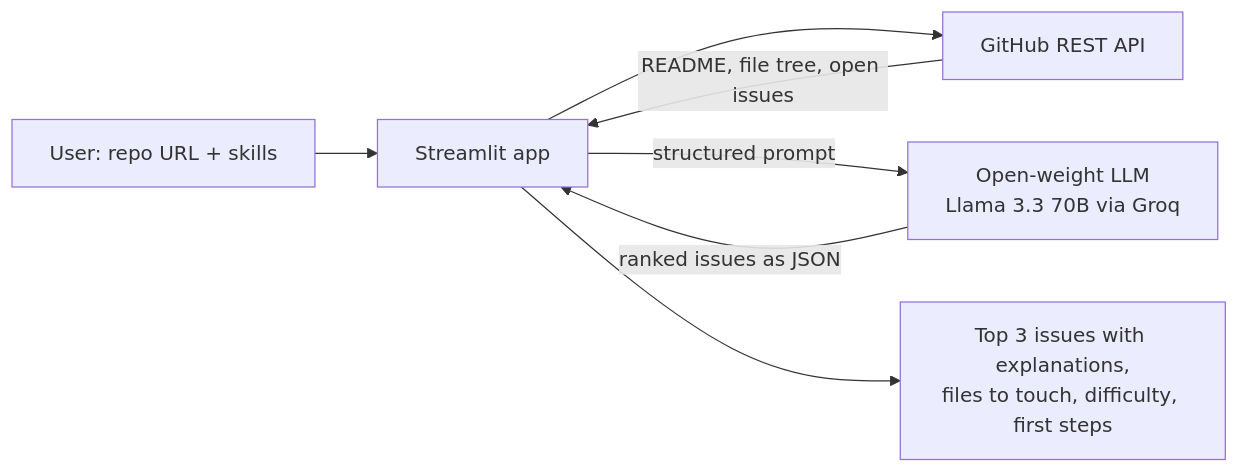
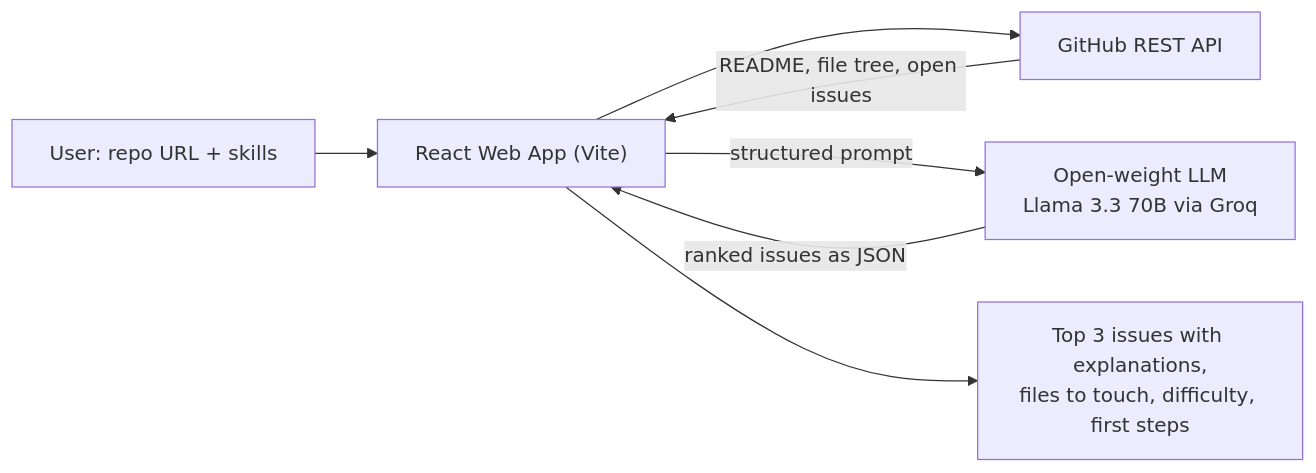
The diagram in README.md (itsamar971/rthyd-opsc), drawn with Mermaid before and after one commit. The commit also changed other lines of this file and 17 other files, not shown here.

Commit message:
feat: implement First-PR Finder with React, Vite, Groq Llama 3.3, and GitHub REST API

````diff
--- a/README.md
+++ b/README.md
@@ -29,9 +29,9 @@
 ```mermaid
 flowchart LR
-    A["User: repo URL + skills"] --> B["Streamlit app"]
+    A["User: repo URL + skills"] --> B["React Web App (Vite)"]
     B --> C["GitHub REST API"]
     C -->|"README, file tree, open issues"| B
     B -->|"structured prompt"| D["Open-weight LLM<br/>Llama 3.3 70B via Groq"]
     D -->|"ranked issues as JSON"| B
     B --> E["Top 3 issues with explanations,<br/>files to touch, difficulty, first steps"]
 ```
````
